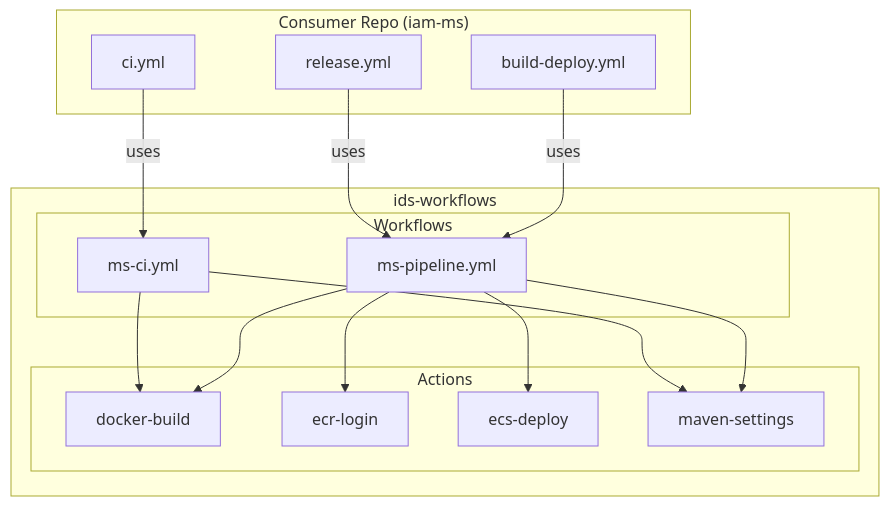
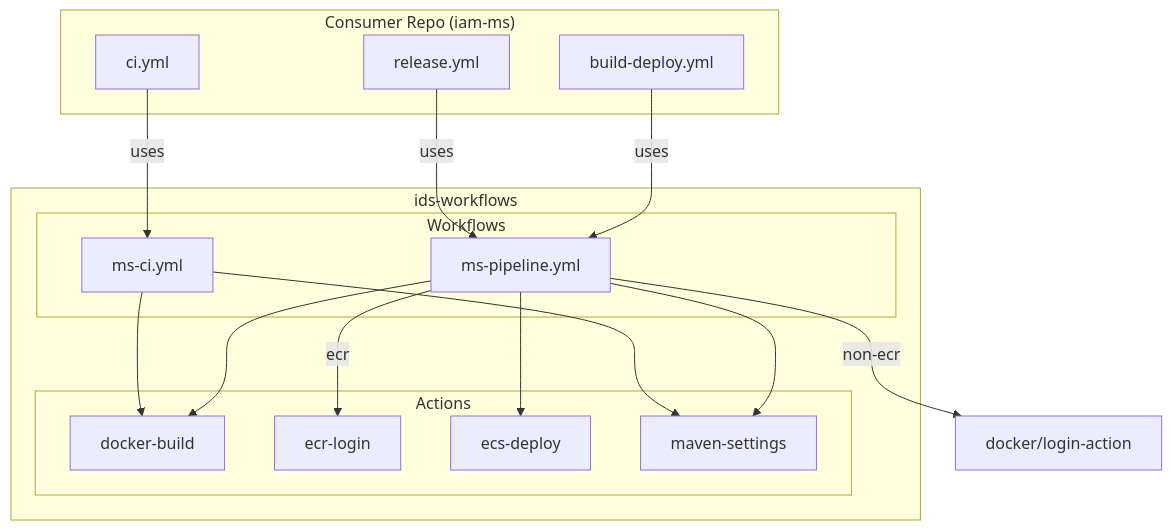
Before and after one commit to ids-aws/ids-workflows: the first of 3 diagrams in README.md, drawn with Mermaid. The commit also changed other lines of this file and 12 other files, not shown here.

````diff
--- a/README.md
+++ b/README.md
@@ -7,32 +7,33 @@
 ```mermaid
 flowchart TB
     subgraph "Consumer Repo (iam-ms)"
         CI_YML[ci.yml]
         RELEASE_YML[release.yml]
         DEPLOY_YML[build-deploy.yml]
     end
 
     subgraph "ids-workflows"
         subgraph "Workflows"
             MS_CI[ms-ci.yml]
             MS_PIPELINE[ms-pipeline.yml]
         end
         subgraph "Actions"
             DOCKER_BUILD[docker-build]
             ECR_LOGIN[ecr-login]
             ECS_DEPLOY[ecs-deploy]
             MAVEN_SETTINGS[maven-settings]
         end
     end
 
     CI_YML -->|uses| MS_CI
     RELEASE_YML -->|uses| MS_PIPELINE
     DEPLOY_YML -->|uses| MS_PIPELINE
 
     MS_CI --> DOCKER_BUILD
     MS_CI --> MAVEN_SETTINGS
     MS_PIPELINE --> DOCKER_BUILD
-    MS_PIPELINE --> ECR_LOGIN
+    MS_PIPELINE -->|ecr| ECR_LOGIN
+    MS_PIPELINE -->|non-ecr| DOCKER_LOGIN[docker/login-action]
     MS_PIPELINE --> ECS_DEPLOY
     MS_PIPELINE --> MAVEN_SETTINGS
 ```
````
